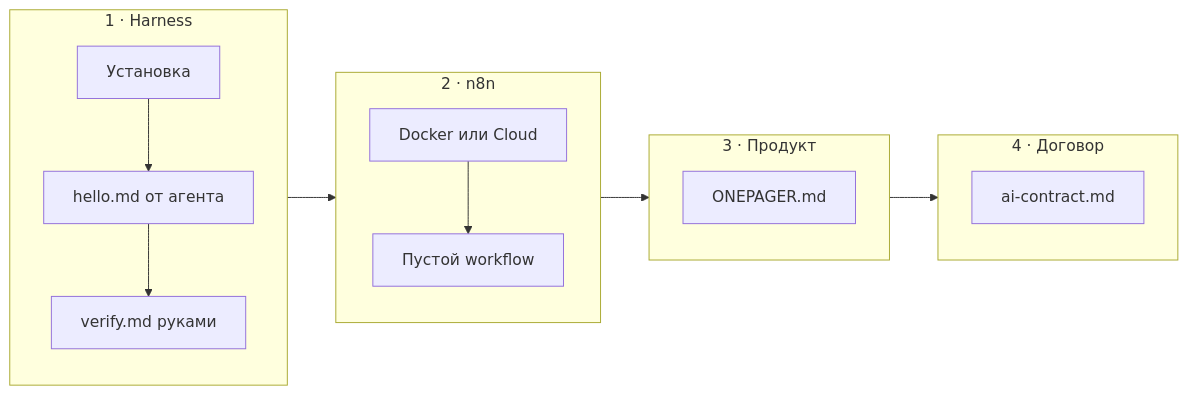
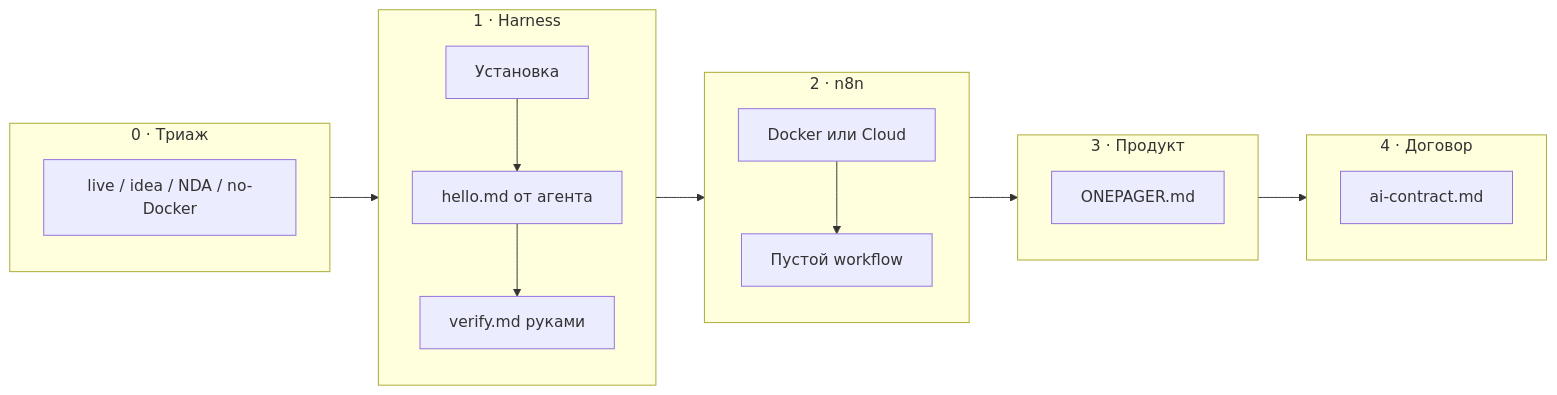
Before and after one commit to gavnukkk97/ai-for-pm-course: the diagram in docs/course/week-00/student-brief.md, drawn with Mermaid. The commit also changed other lines of this file and 14 other files, not shown here.

````diff
--- a/docs/course/week-00/student-brief.md
+++ b/docs/course/week-00/student-brief.md
@@ -8,17 +10,20 @@
 ```mermaid
 flowchart LR
+  subgraph triage["0 · Триаж"]
+    T1["live / idea / NDA / no-Docker"]
+  end
   subgraph harness["1 · Harness"]
     H1["Установка"] --> H2["hello.md от агента"]
     H2 --> H3["verify.md руками"]
   end
   subgraph n8nbox["2 · n8n"]
     N1["Docker или Cloud"] --> N2["Пустой workflow"]
   end
   subgraph product["3 · Продукт"]
     P1["ONEPAGER.md"]
   end
   subgraph contract["4 · Договор"]
     C1["ai-contract.md"]
   end
-  harness --> n8nbox --> product --> contract
+  triage --> harness --> n8nbox --> product --> contract
 ```
````
